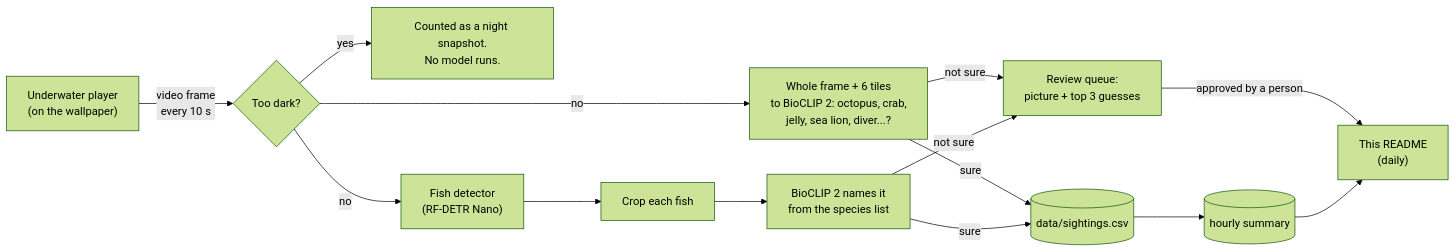
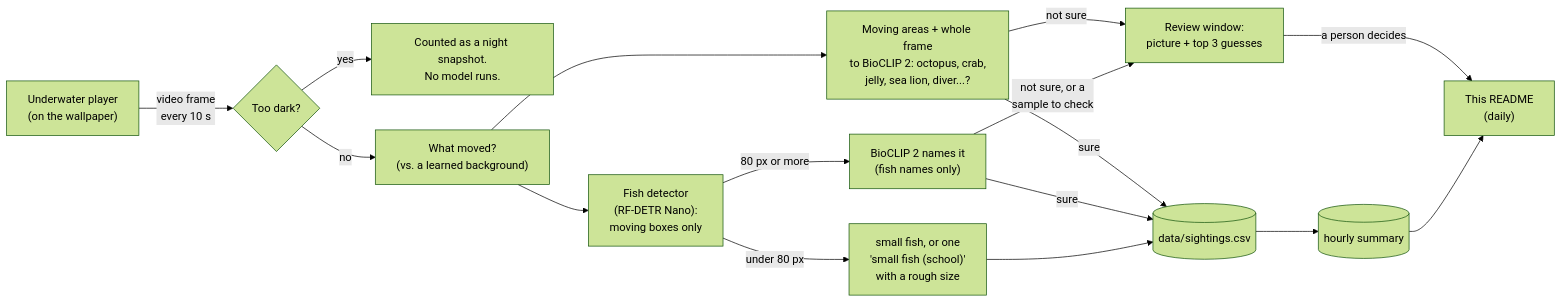
Before and after one commit to joshuafrommeyer-35/PierTracker: the diagram in README.md, drawn with Mermaid (forest theme). The commit also changed other lines of this file and 5 other files, not shown here.

````diff
--- a/README.md
+++ b/README.md
@@ -47,14 +49,17 @@
 ```mermaid
 flowchart LR
     A["Underwater player<br/>(on the wallpaper)"] -->|"video frame<br/>every 10 s"| B{"Too dark?"}
     B -->|yes| N["Counted as a night snapshot.<br/>No model runs."]
-    B -->|no| C["Whole frame + 6 tiles<br/>to BioCLIP 2: octopus, crab,<br/>jelly, sea lion, diver...?"]
-    B -->|no| D["Fish detector<br/>(RF-DETR Nano)"]
-    D --> E["Crop each fish"] --> F["BioCLIP 2 names it<br/>from the species list"]
+    B -->|no| M["What moved?<br/>(vs. a learned background)"]
+    M --> D["Fish detector<br/>(RF-DETR Nano):<br/>moving boxes only"]
+    M --> C["Moving areas + whole frame<br/>to BioCLIP 2: octopus, crab,<br/>jelly, sea lion, diver...?"]
+    D -->|"under 80 px"| U["small fish, or one<br/>'small fish (school)'<br/>with a rough size"]
+    D -->|"80 px or more"| F["BioCLIP 2 names it<br/>(fish names only)"]
     C -->|sure| G[("data/sightings.csv")]
     F -->|sure| G
-    C -->|not sure| R["Review queue:<br/>picture + top 3 guesses"]
-    F -->|not sure| R
-    R -->|"approved by a person"| I
+    U --> G
+    C -->|not sure| R["Review window:<br/>picture + top 3 guesses"]
+    F -->|"not sure, or a<br/>sample to check"| R
+    R -->|"a person decides"| I
     G --> H[("hourly summary")] --> I["This README<br/>(daily)"]
 ```
````
